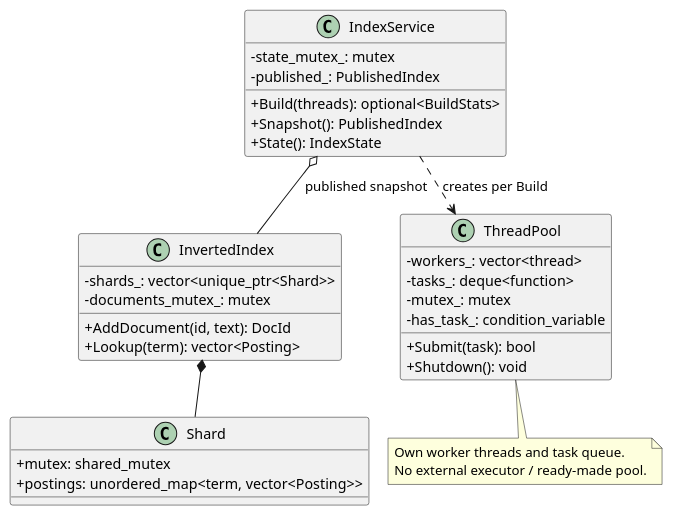
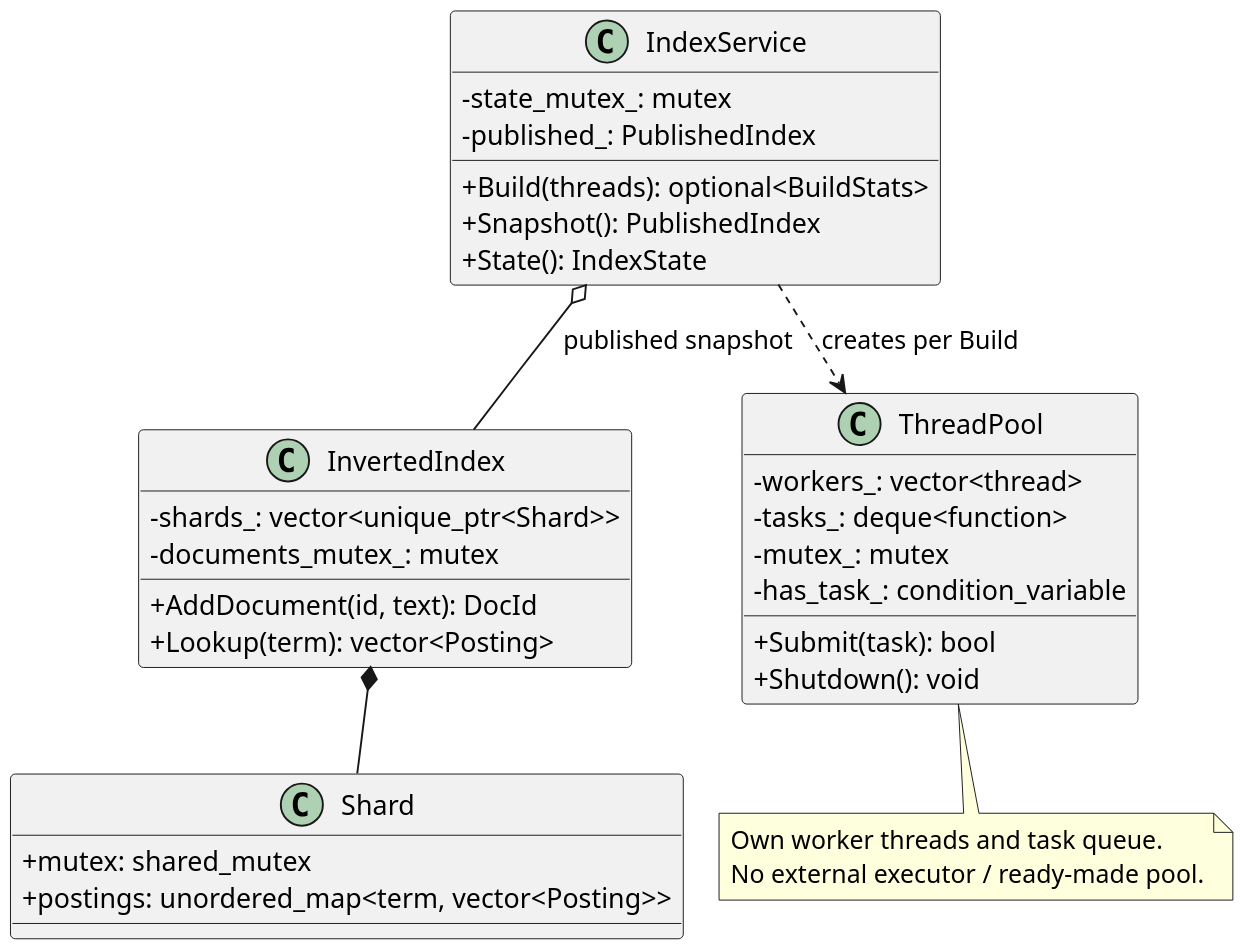
The diagram in docs/diagrams/class.puml (voloshyyn/parallel-coursework), drawn with PlantUML before and after one commit. The commit also changed 15 other files, not shown here.

Commit message:
style(docs): render UML diagrams in Times New Roman at 180 dpi

```diff
--- a/docs/diagrams/class.puml
+++ b/docs/diagrams/class.puml
@@ -1,38 +1,39 @@
 @startuml
 !pragma layout smetana
-skinparam defaultFontName Arial
+skinparam defaultFontName "Times New Roman"
+skinparam dpi 180
 skinparam shadowing false
 skinparam classAttributeIconSize 0
 class IndexService {
   - state_mutex_: mutex
   - published_: PublishedIndex
   + Build(threads): optional<BuildStats>
   + Snapshot(): PublishedIndex
   + State(): IndexState
 }
 class InvertedIndex {
   - shards_: vector<unique_ptr<Shard>>
   - documents_mutex_: mutex
   + AddDocument(id, text): DocId
   + Lookup(term): vector<Posting>
 }
 class Shard {
   + mutex: shared_mutex
   + postings: unordered_map<term, vector<Posting>>
 }
 class ThreadPool {
   - workers_: vector<thread>
   - tasks_: deque<function>
   - mutex_: mutex
   - has_task_: condition_variable
   + Submit(task): bool
   + Shutdown(): void
 }
 IndexService o-- InvertedIndex : published snapshot
 IndexService ..> ThreadPool : creates per Build
 InvertedIndex *-- Shard
 note bottom of ThreadPool
   Own worker threads and task queue.
   No external executor / ready-made pool.
 end note
 @enduml
```
